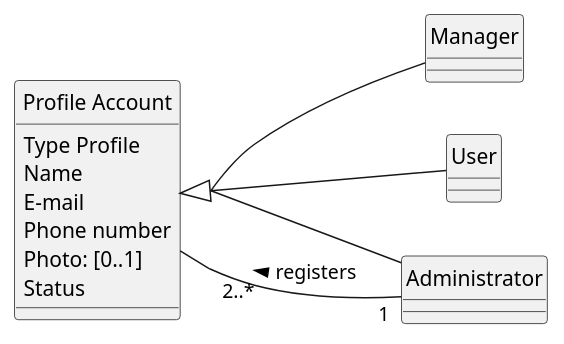
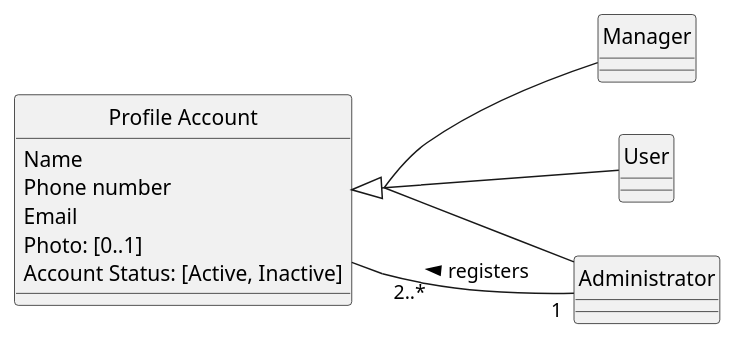
The diagram in docs/modelling_design/user_stories/us002/US002_RegisterUserDMD.puml (ivo-menezes/project_g3), drawn with PlantUML before and after one commit. The commit also changed 4 other files, not shown here.

```diff
--- a/docs/modelling_design/user_stories/us002/US002_RegisterUserDMD.puml
+++ b/docs/modelling_design/user_stories/us002/US002_RegisterUserDMD.puml
@@ -1,22 +1,21 @@
 @startuml
 skinparam style strictuml
 left to right direction
 skinparam groupInheritance 3
 
  class "Profile Account" as Profile {
-   Type Profile
    Name
-   E-mail
    Phone number
+   Email
    Photo: [0..1]
    'the [0..1] in Photo indicates an optional value, see Craig 2004, p.121
-   Status
+   Account Status: [Active, Inactive]
  }
 
 Profile <|-- Manager
 Profile <|-- User
 Profile <|-- Administrator
 
 Administrator "1" -- "2..*" Profile: registers >
 
 @enduml
```
